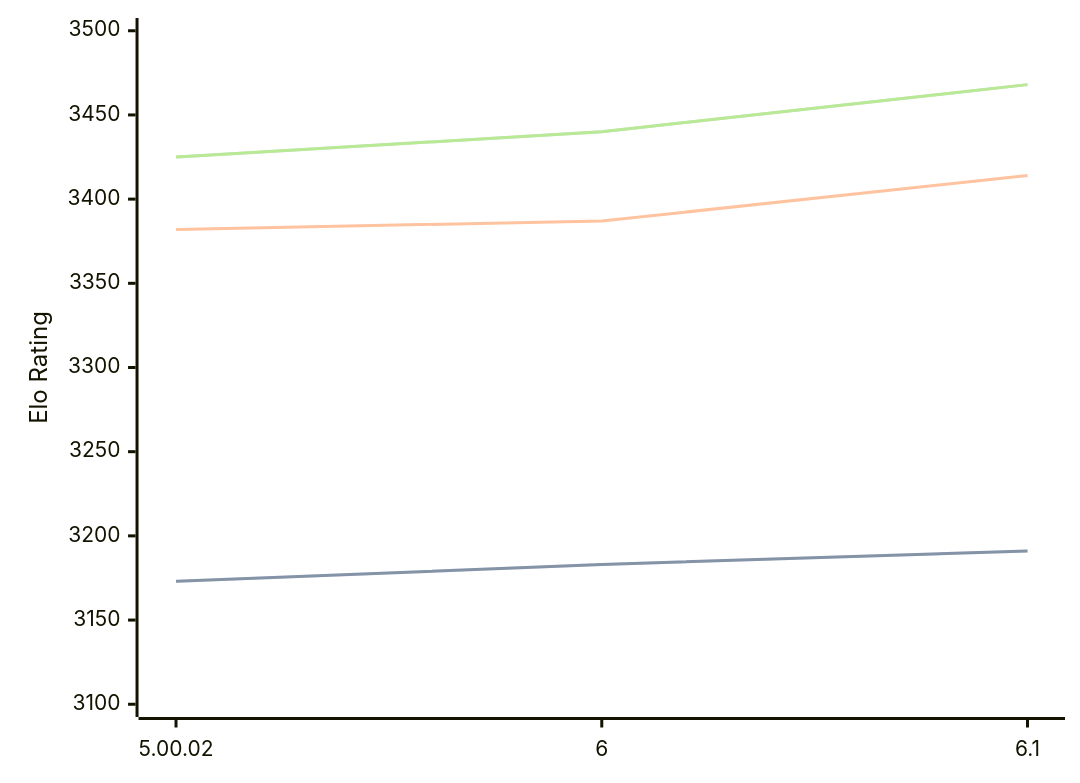
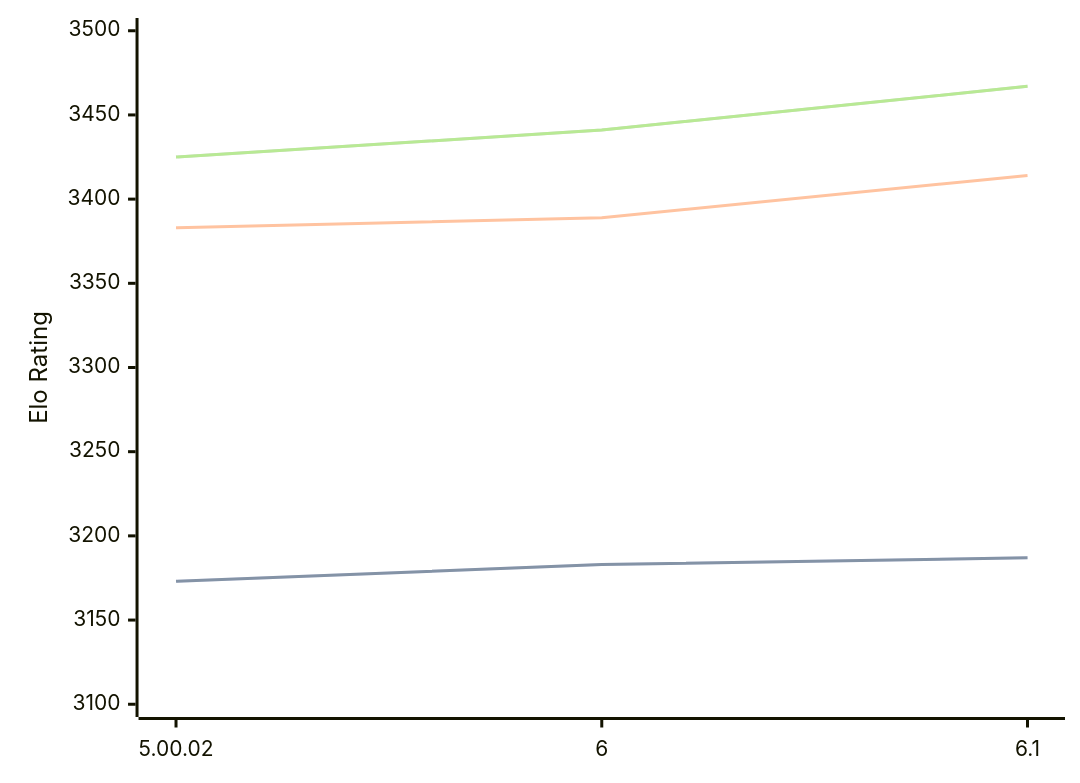
One commit to computer-chess-index/cci changed the diagram in engines/Zangdar.md. Above: the diagram before and after it, drawn with Mermaid. The commit also changed other lines of this file, not shown here.

Commit message:
Update CCI Ratings (ELO VLTC) - 2026-02-18

````diff
--- a/engines/Zangdar.md
+++ b/engines/Zangdar.md
@@ -42,11 +42,11 @@
 ```mermaid
 %%{init: {"theme":"base","themeVariables":{"seriesColors:['#a3a3a3','#222221','#faa371']}}}%%
 xychart-beta
   x-axis ["5.00.02", "6", "6.1"]
   y-axis "Elo Rating" 3100 --> 3500
-  line "STC (8.0+0.08s)" [3173, 3183, 3191]
-  line "STC (8.0+0.08s)" [3173, 3183, 3191]
-  line "LTC (60.0+0.60s)" [3382, 3387, 3414]
-  line "VLTC (2m24s+1.12s)" [3425, 3440, 3468]
-  line "VLTC (2m24s+1.12s)" [3425, 3440, 3468]
+  line "STC (8.0+0.08s)" [3173, 3183, 3187]
+  line "STC (8.0+0.08s)" [3173, 3183, 3187]
+  line "LTC (60.0+0.60s)" [3383, 3389, 3414]
+  line "VLTC (2m24s+1.12s)" [3425, 3441, 3467]
+  line "VLTC (2m24s+1.12s)" [3425, 3441, 3467]
 ```
````
